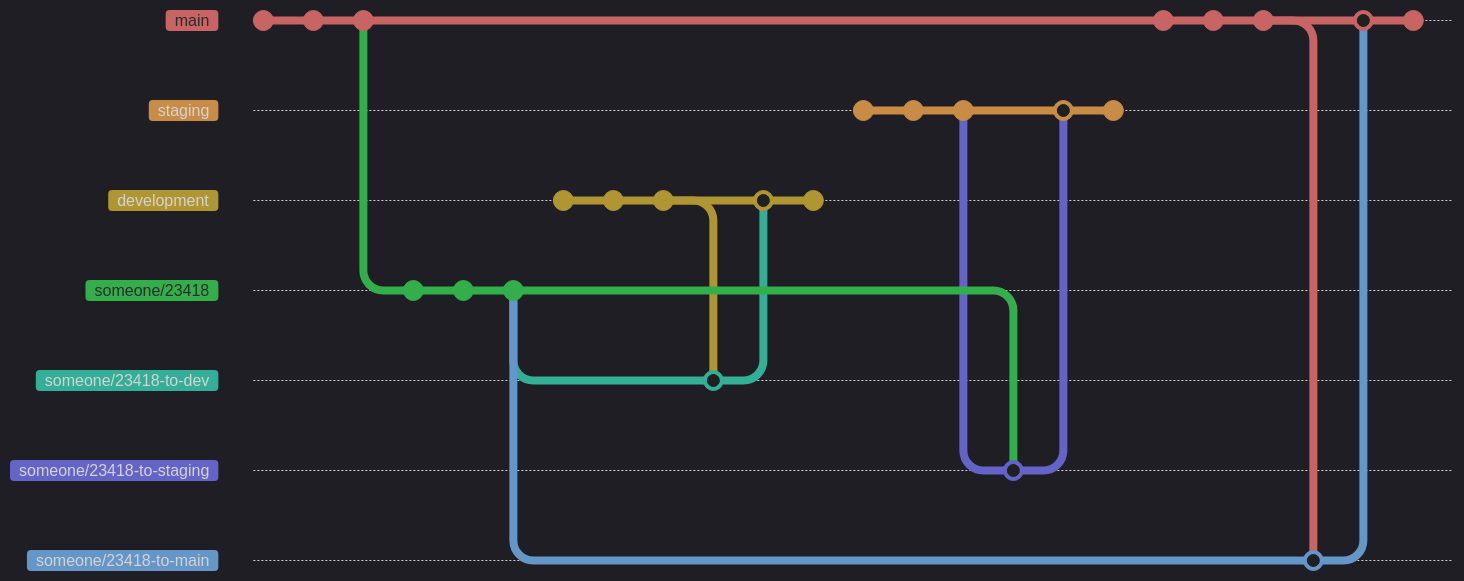
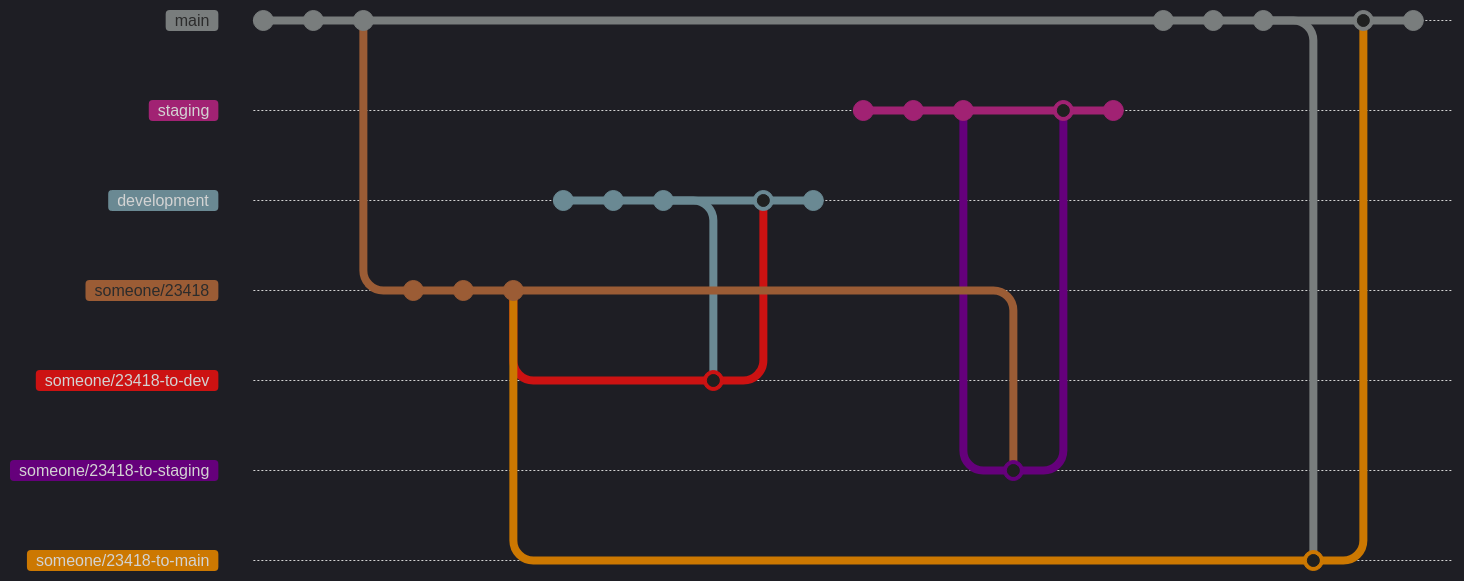
The first of 7 diagrams in README.md (RiaanAspeling/LoRa), drawn with Mermaid before and after one commit. Commit ids are hidden.

````diff
--- a/README.md
+++ b/README.md
@@ -32,55 +32,46 @@
 ```mermaid
 %%{init: { 'logLevel': 'debug', 'theme': 'dark', 
-'gitGraph': {'showCommitLabel': false},
-'themeVariables': {
-    'git0': '#C86464',
-    'git1': '#C88C46',
-    'git2': '#AF9632',
-    'git3': '#32AF4B',
-    'git4': '#32AF96',
-    'git5': '#6464C8',
-    'git6': '#6496C8',
-    'git7': '#9664C8'}
+'gitGraph': {'showCommitLabel': false}
 }}%%    
 gitGraph
     branch staging
     branch development
     checkout main
     commit
     commit
     commit
     branch someone/23418
     commit
     commit
     commit
     checkout development
     commit
     commit
     commit
     checkout someone/23418
     branch someone/23418-to-dev
     merge development
     checkout development
     merge someone/23418-to-dev
     commit
     checkout staging
     commit
     commit
     checkout staging
     commit
     branch someone/23418-to-staging
     merge someone/23418
     checkout staging
     merge someone/23418-to-staging
     commit
     checkout main
     commit
     commit
     commit
     checkout someone/23418
     branch someone/23418-to-main
     merge main
     checkout main
     merge someone/23418-to-main
     commit
 ```
````
